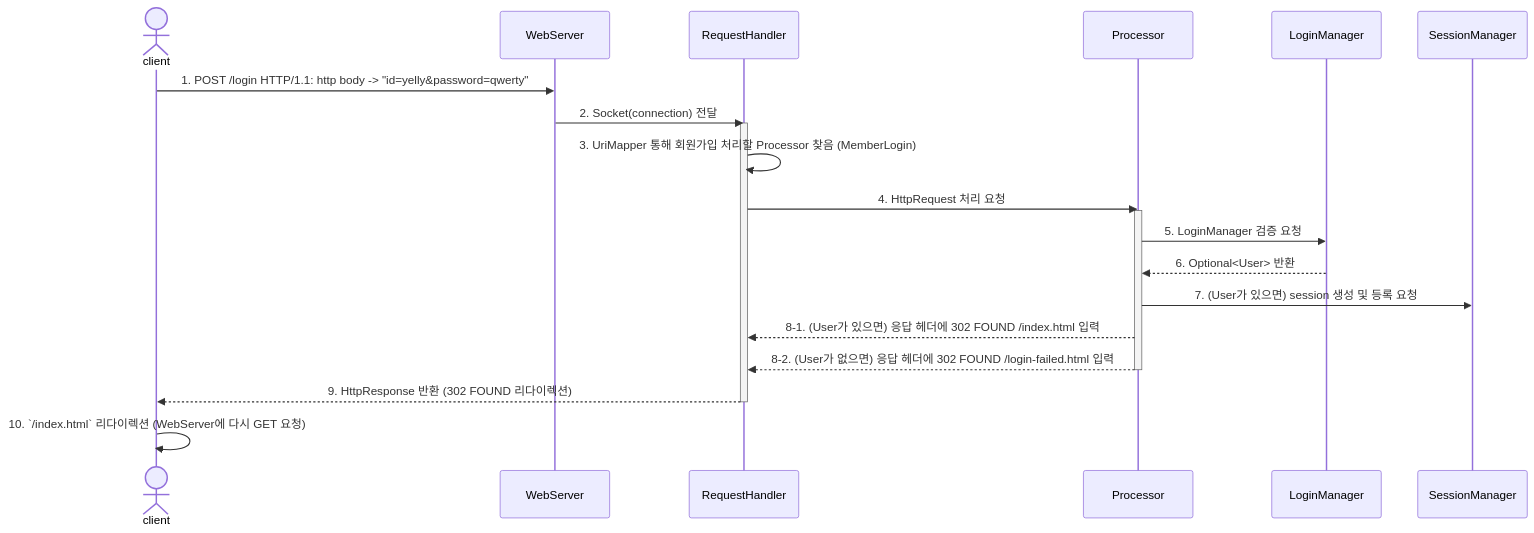
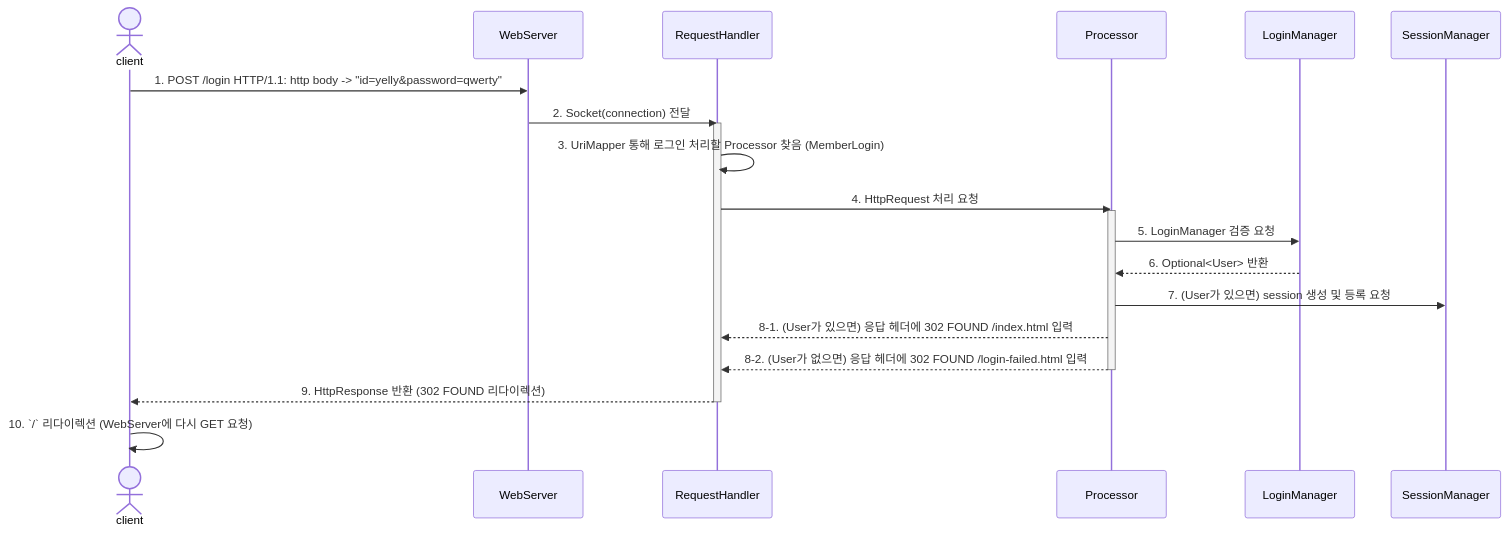
Before and after one commit to codesquad-members-2024/be-was-neon: the fourth of 6 diagrams in README.md, drawn with Mermaid. The commit also changed other lines of this file, not shown here.

````diff
--- a/README.md
+++ b/README.md
@@ -89,19 +89,19 @@
 ```mermaid
 sequenceDiagram
     actor client
     client->>WebServer: 1. POST /login HTTP/1.1: http body -> "id=yelly&password=qwerty"
     WebServer->>RequestHandler: 2. Socket(connection) 전달
     activate RequestHandler
-    RequestHandler->>RequestHandler: 3. UriMapper 통해 회원가입 처리할 Processor 찾음 (MemberLogin)
+    RequestHandler->>RequestHandler: 3. UriMapper 통해 로그인 처리할 Processor 찾음 (MemberLogin)
     RequestHandler->>Processor: 4. HttpRequest 처리 요청
     activate Processor
     Processor->>LoginManager: 5. LoginManager 검증 요청
     LoginManager-->>Processor: 6. Optional<User> 반환
     Processor->>SessionManager: 7. (User가 있으면) session 생성 및 등록 요청
     Processor-->>RequestHandler: 8-1. (User가 있으면) 응답 헤더에 302 FOUND /index.html 입력
     Processor-->>RequestHandler: 8-2. (User가 없으면) 응답 헤더에 302 FOUND /login-failed.html 입력
     deactivate Processor
     RequestHandler-->>client: 9. HttpResponse 반환 (302 FOUND 리다이렉션)
     deactivate RequestHandler
-    client->>client: 10. `/index.html` 리다이렉션 (WebServer에 다시 GET 요청)
+    client->>client: 10. `/` 리다이렉션 (WebServer에 다시 GET 요청)
 ```
````
